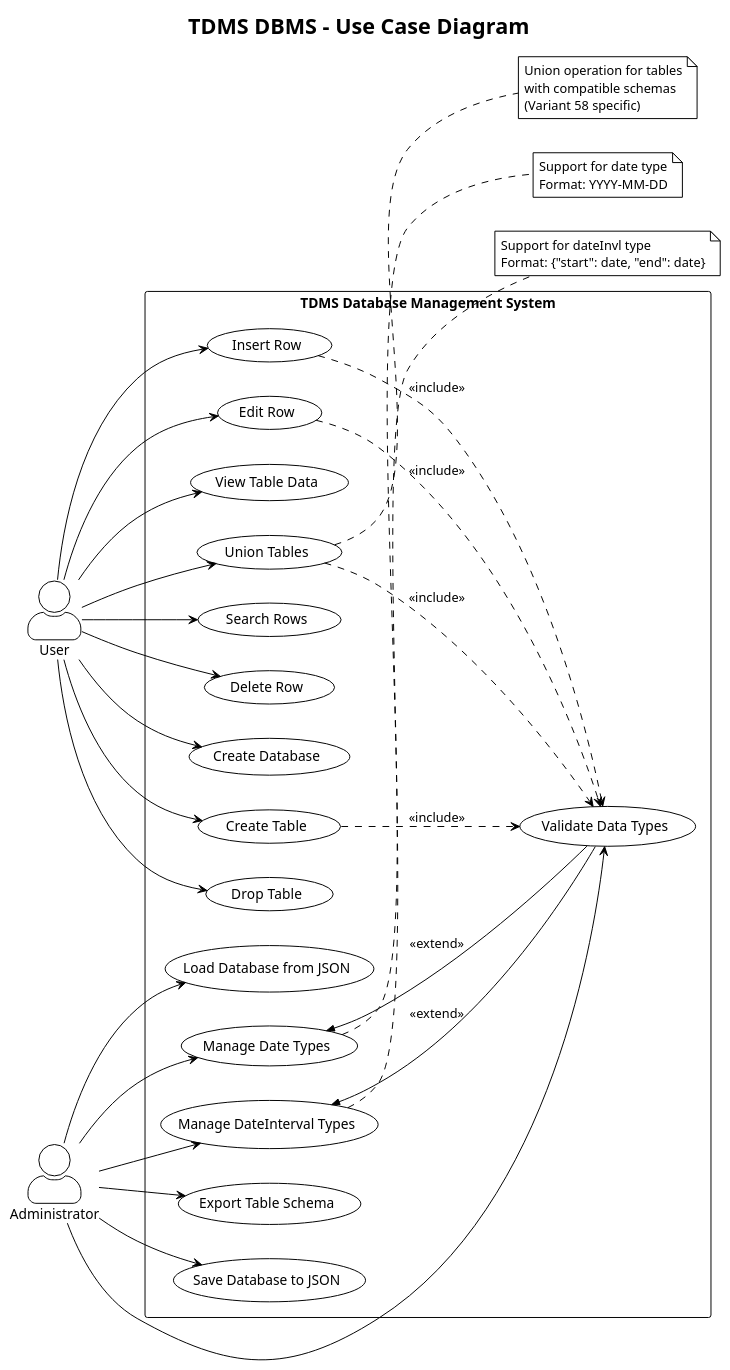
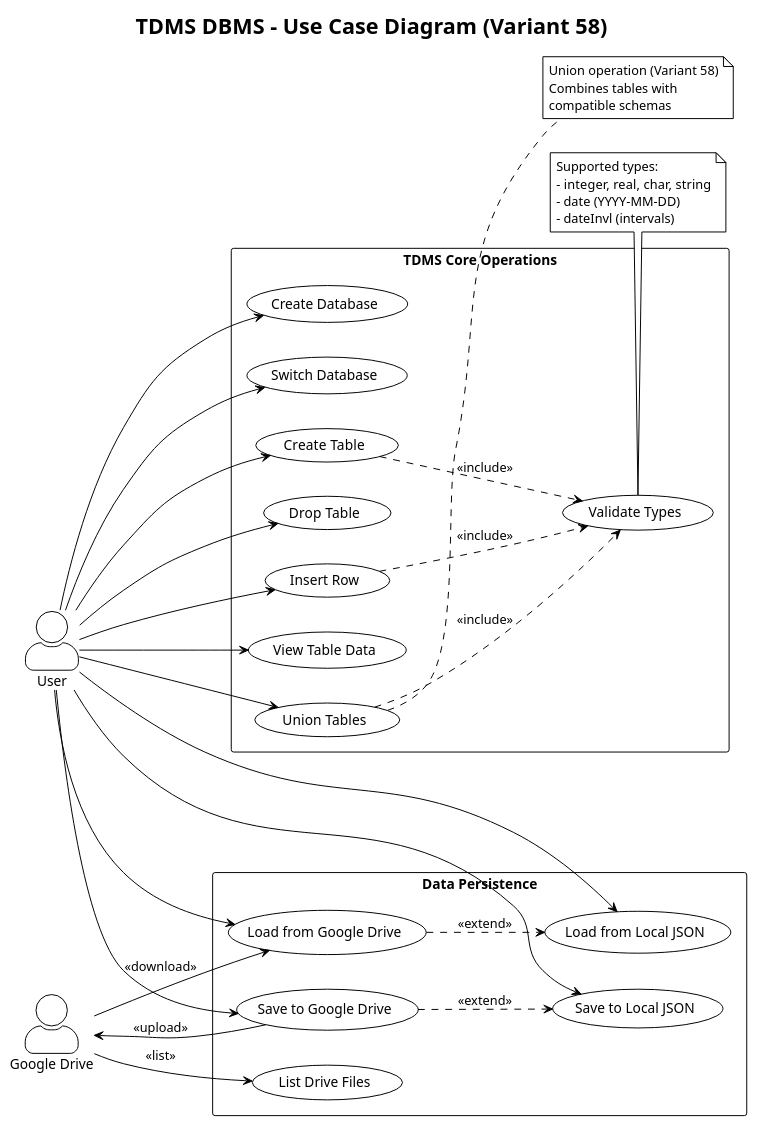
The diagram in UML/01_use_case.puml (PavelShpagin/TDMS), drawn with PlantUML before and after one commit. The commit also changed 18 other files, not shown here.

First line of the commit message:
Update UML diagrams to match actual implementation

```diff
--- a/UML/01_use_case.puml
+++ b/UML/01_use_case.puml
@@ -1,75 +1,71 @@
 @startuml use_case
 !theme plain
-title TDMS DBMS - Use Case Diagram
+title TDMS DBMS - Use Case Diagram (Variant 58)
 
 left to right direction
 skinparam packageStyle rectangle
 skinparam actorStyle awesome
 
 actor "User" as user
-actor "Administrator" as admin
+actor "Google Drive" as gdrive
 
-rectangle "TDMS Database Management System" {
+rectangle "TDMS Core Operations" {
   usecase "Create Database" as UC1
-  usecase "Create Table" as UC2
-  usecase "Drop Table" as UC3
-  usecase "Insert Row" as UC4
-  usecase "Edit Row" as UC5
+  usecase "Switch Database" as UC2
+  usecase "Create Table" as UC3
+  usecase "Drop Table" as UC4
+  usecase "Insert Row" as UC5
   usecase "View Table Data" as UC6
-  usecase "Validate Data Types" as UC7
-  usecase "Union Tables" as UC8
-  usecase "Save Database to JSON" as UC9
-  usecase "Load Database from JSON" as UC10
-  usecase "Manage Date Types" as UC11
-  usecase "Manage DateInterval Types" as UC12
-  usecase "Export Table Schema" as UC13
-  usecase "Search Rows" as UC14
-  usecase "Delete Row" as UC15
+  usecase "Union Tables" as UC7
+  usecase "Validate Types" as UC8
+}
+
+rectangle "Data Persistence" {
+  usecase "Save to Local JSON" as UC9
+  usecase "Load from Local JSON" as UC10
+  usecase "Save to Google Drive" as UC11
+  usecase "Load from Google Drive" as UC12
+  usecase "List Drive Files" as UC13
 }
 
 ' User relationships
 user --> UC1
 user --> UC2
 user --> UC3
 user --> UC4
 user --> UC5
 user --> UC6
-user --> UC8
-user --> UC14
-user --> UC15
+user --> UC7
+user --> UC9
+user --> UC10
+user --> UC11
+user --> UC12
 
-' Admin relationships
-admin --> UC7
-admin --> UC9
-admin --> UC10
-admin --> UC11
-admin --> UC12
-admin --> UC13
+' Google Drive relationships
+gdrive <-- UC11 : <<upload>>
+gdrive --> UC12 : <<download>>
+gdrive --> UC13 : <<list>>
 
 ' Include relationships
-UC4 ..> UC7 : <<include>>
-UC5 ..> UC7 : <<include>>
-UC8 ..> UC7 : <<include>>
-UC2 ..> UC7 : <<include>>
+UC5 ..> UC8 : <<include>>
+UC7 ..> UC8 : <<include>>
+UC3 ..> UC8 : <<include>>
 
 ' Extend relationships
-UC11 <<-- UC7 : <<extend>>
-UC12 <<-- UC7 : <<extend>>
+UC11 ..> UC9 : <<extend>>
+UC12 ..> UC10 : <<extend>>
 
-note right of UC8
-  Union operation for tables
-  with compatible schemas
-  (Variant 58 specific)
+note right of UC7
+  Union operation (Variant 58)
+  Combines tables with
+  compatible schemas
 end note
 
-note right of UC11
-  Support for date type
-  Format: YYYY-MM-DD
-end note
-
-note right of UC12
-  Support for dateInvl type
-  Format: {"start": date, "end": date}
+note bottom of UC8
+  Supported types:
+  - integer, real, char, string
+  - date (YYYY-MM-DD)
+  - dateInvl (intervals)
 end note
 
 @enduml
```
